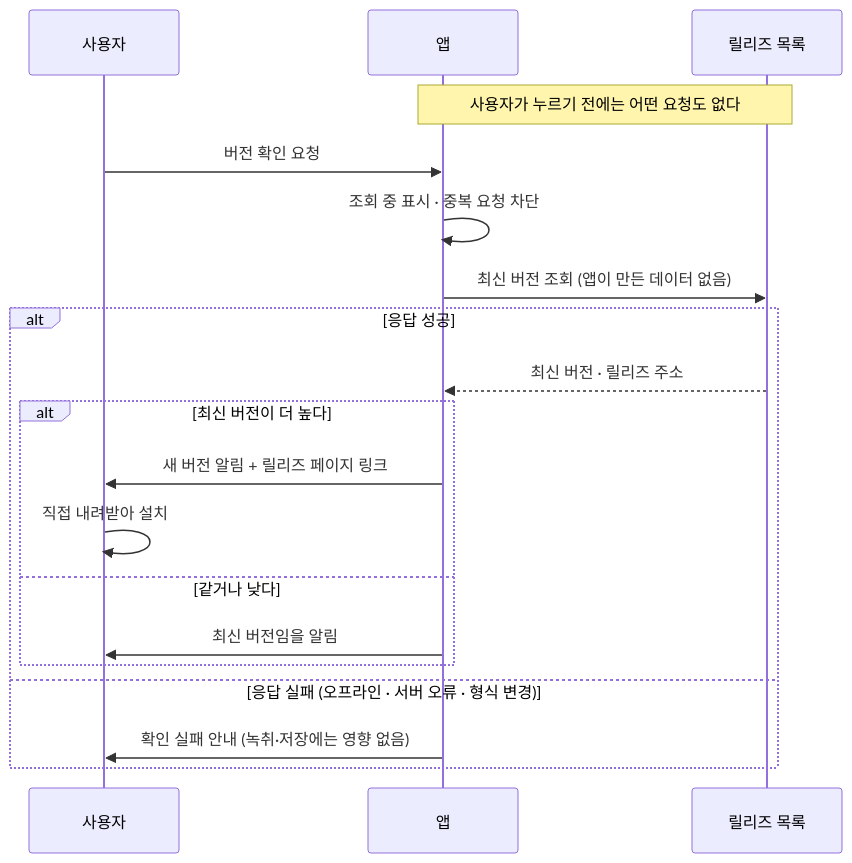
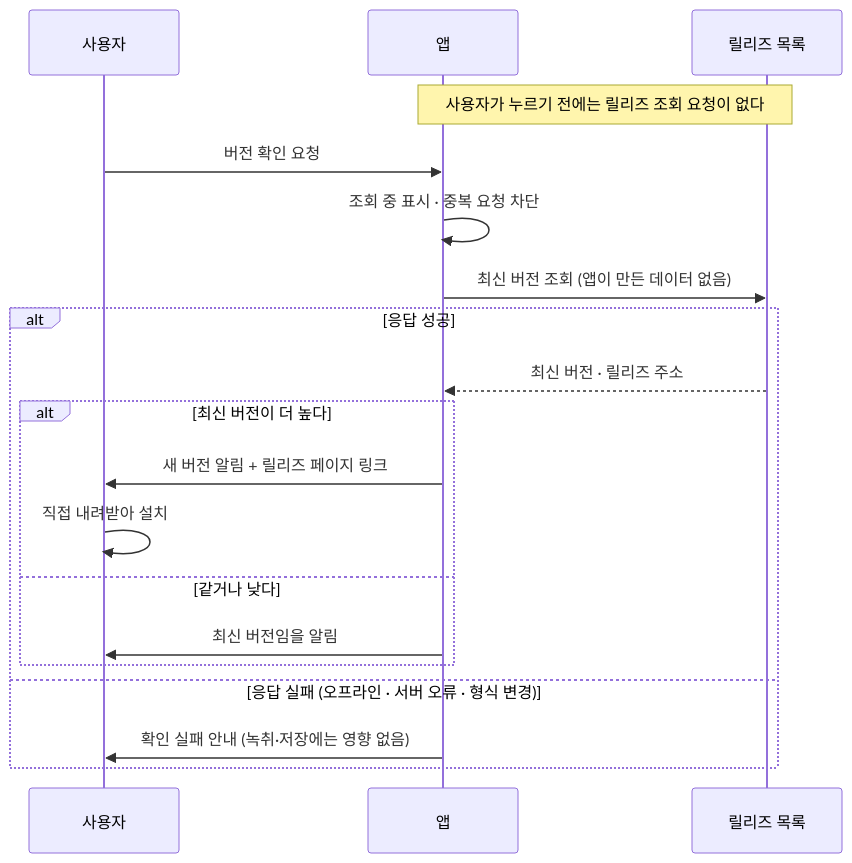
Before and after one commit to haandol/scribird: the diagram in docs/adr/session/0004-user-initiated-update-check.md, drawn with Mermaid. The commit also changed other lines of this file and 7 other files, not shown here.

````diff
--- a/docs/adr/session/0004-user-initiated-update-check.md
+++ b/docs/adr/session/0004-user-initiated-update-check.md
@@ -70,24 +70,24 @@
 ```mermaid
 sequenceDiagram
     participant U as 사용자
     participant A as 앱
     participant R as 릴리즈 목록
 
-    Note over A,R: 사용자가 누르기 전에는 어떤 요청도 없다
+    Note over A,R: 사용자가 누르기 전에는 릴리즈 조회 요청이 없다
 
     U->>A: 버전 확인 요청
     A->>A: 조회 중 표시 · 중복 요청 차단
     A->>R: 최신 버전 조회 (앱이 만든 데이터 없음)
 
     alt 응답 성공
         R-->>A: 최신 버전 · 릴리즈 주소
         alt 최신 버전이 더 높다
             A->>U: 새 버전 알림 + 릴리즈 페이지 링크
             U->>U: 직접 내려받아 설치
         else 같거나 낮다
             A->>U: 최신 버전임을 알림
         end
     else 응답 실패 (오프라인 · 서버 오류 · 형식 변경)
         A->>U: 확인 실패 안내 (녹취·저장에는 영향 없음)
     end
 ```
````
